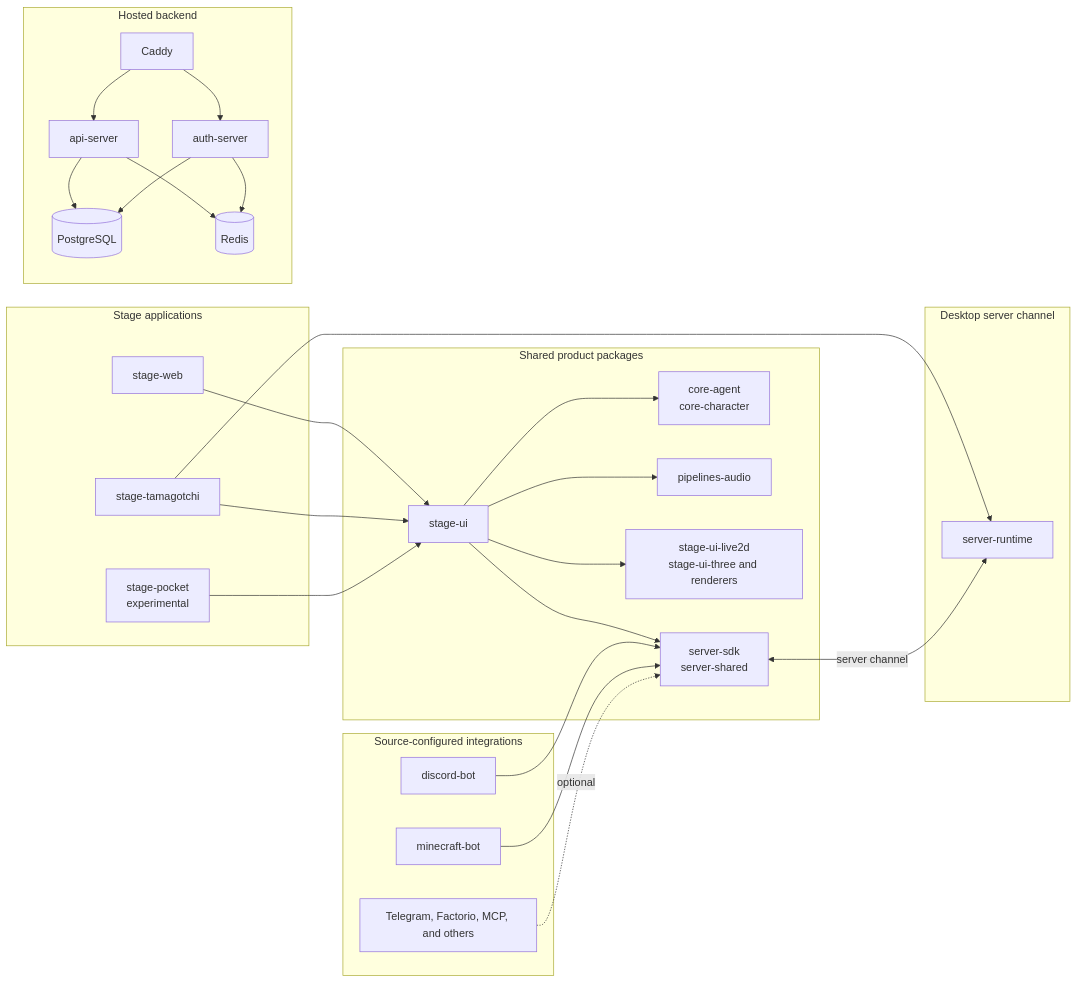
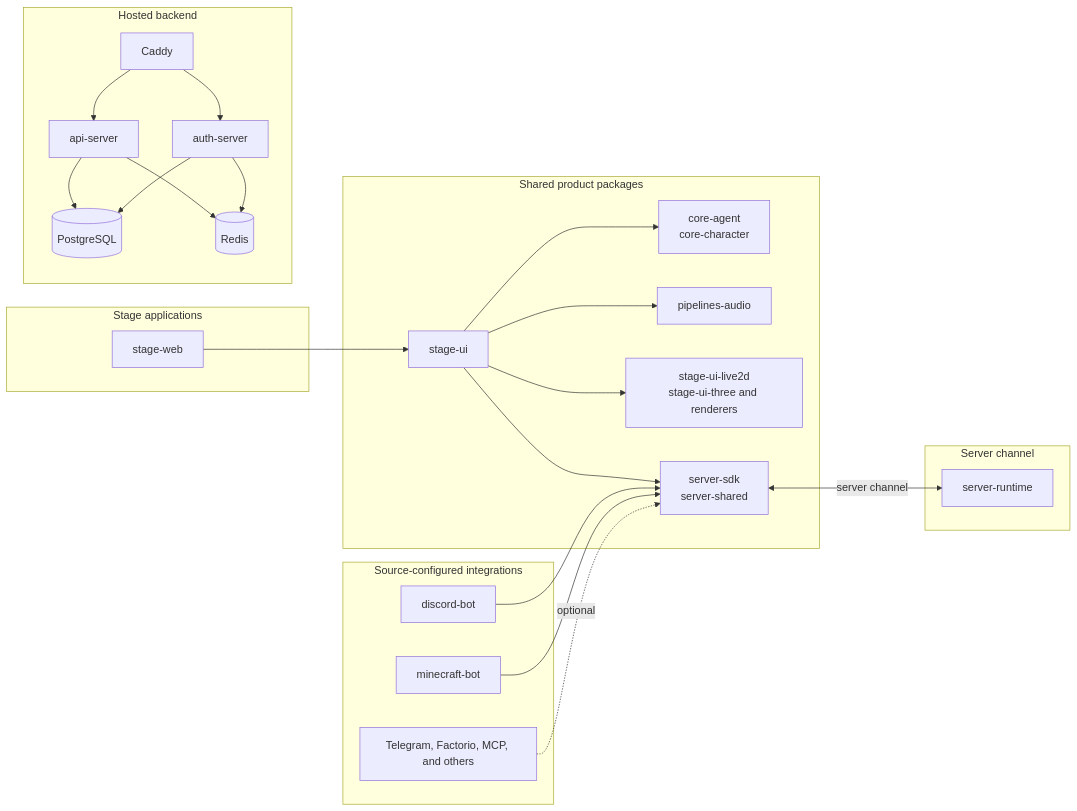
Before and after one commit to moeru-ai/airi: the diagram in README.md, drawn with Mermaid. The commit also changed other lines of this file and 1980 other files, not shown here.

````diff
--- a/README.md
+++ b/README.md
@@ -400,53 +260,48 @@
 ```mermaid
 flowchart LR
   subgraph Apps[Stage applications]
     Web[stage-web]
-    Desktop[stage-tamagotchi]
-    Pocket[stage-pocket\nexperimental]
   end
 
   subgraph Shared[Shared product packages]
     StageUI[stage-ui]
     Domain[core-agent\ncore-character]
     Audio[pipelines-audio]
     Renderers[stage-ui-live2d\nstage-ui-three and renderers]
     SDK[server-sdk\nserver-shared]
   end
 
-  subgraph Channel[Desktop server channel]
+  subgraph Channel[Server channel]
     Runtime[server-runtime]
   end
 
   subgraph Integrations[Source-configured integrations]
     Discord[discord-bot]
     Minecraft[minecraft-bot]
     Other[Telegram, Factorio, MCP, and others]
   end
 
   subgraph Hosted[Hosted backend]
     Edge[Caddy]
     API[api-server]
     Auth[auth-server]
     Database[(PostgreSQL)]
     Cache[(Redis)]
   end
 
   Web --> StageUI
-  Desktop --> StageUI
-  Pocket --> StageUI
   StageUI --> Domain
   StageUI --> Audio
   StageUI --> Renderers
   StageUI --> SDK
-  Desktop --> Runtime
   SDK <-->|server channel| Runtime
   Discord --> SDK
   Minecraft --> SDK
   Other -. optional .-> SDK
   Edge --> API
   Edge --> Auth
   API --> Database
   API --> Cache
   Auth --> Database
   Auth --> Cache
 ```
````
